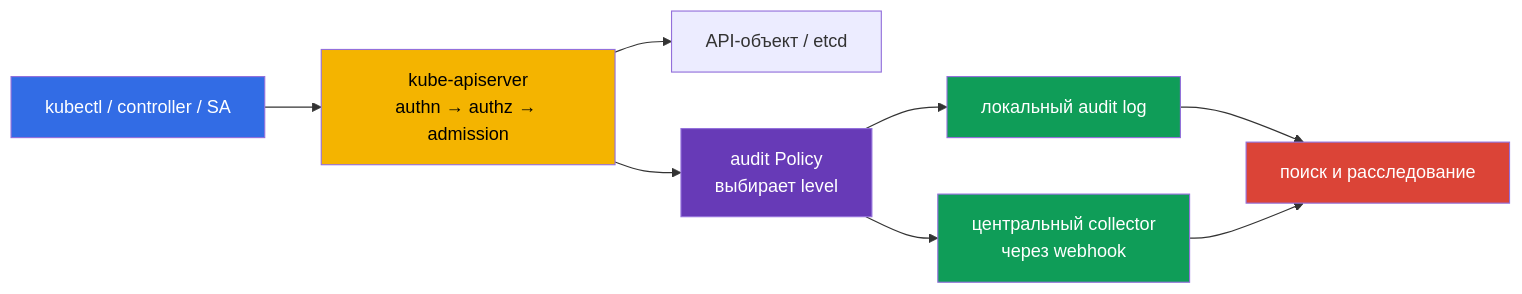
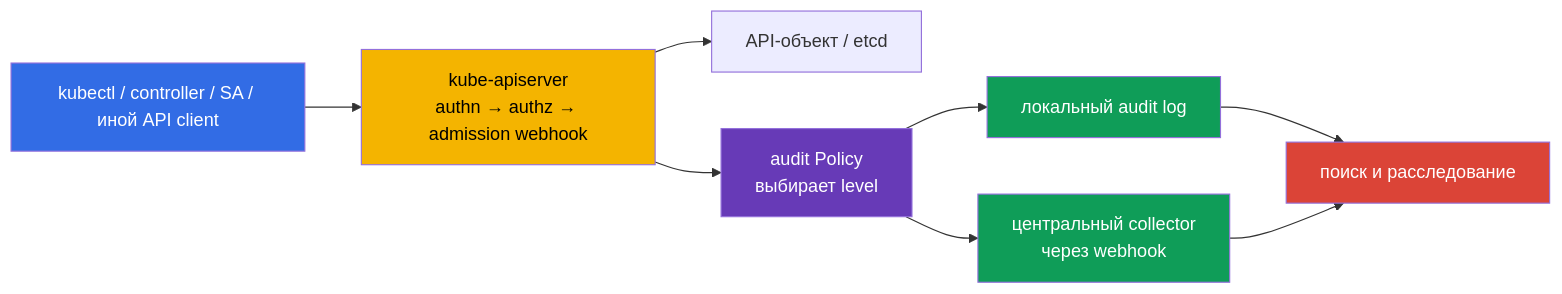
The first of 4 diagrams in tasks/cks/course/32/ru.md (ViktorUJ/cks), drawn with Mermaid before and after one commit. The commit also changed other lines of this file and 81 other files, not shown here.

````diff
--- a/tasks/cks/course/32/ru.md
+++ b/tasks/cks/course/32/ru.md
@@ -26,16 +27,16 @@
 ```mermaid
 flowchart LR
-    client["kubectl / controller / SA"] --> api["kube-apiserver\nauthn → authz → admission"]
+    client["kubectl / controller / SA / иной API client"] --> api["kube-apiserver\nauthn → authz → admission webhook"]
     api --> etcd["API-объект / etcd"]
     api --> policy["audit Policy\nвыбирает level"]
     policy --> local["локальный audit log"]
     policy --> webhook["центральный collector\nчерез webhook"]
     local --> investigation["поиск и расследование"]
     webhook --> investigation
     style client fill:#326ce5,color:#fff
     style api fill:#f4b400,color:#000
     style policy fill:#673ab7,color:#fff
     style local fill:#0f9d58,color:#fff
     style webhook fill:#0f9d58,color:#fff
     style investigation fill:#db4437,color:#fff
 ```
````
